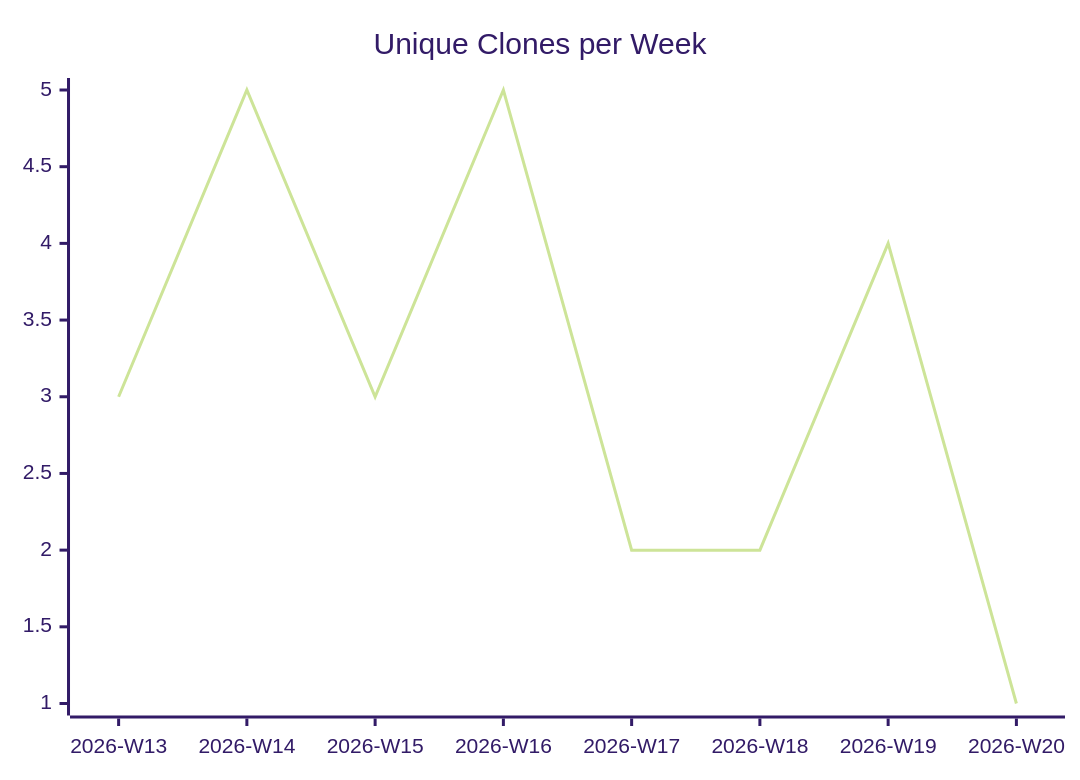
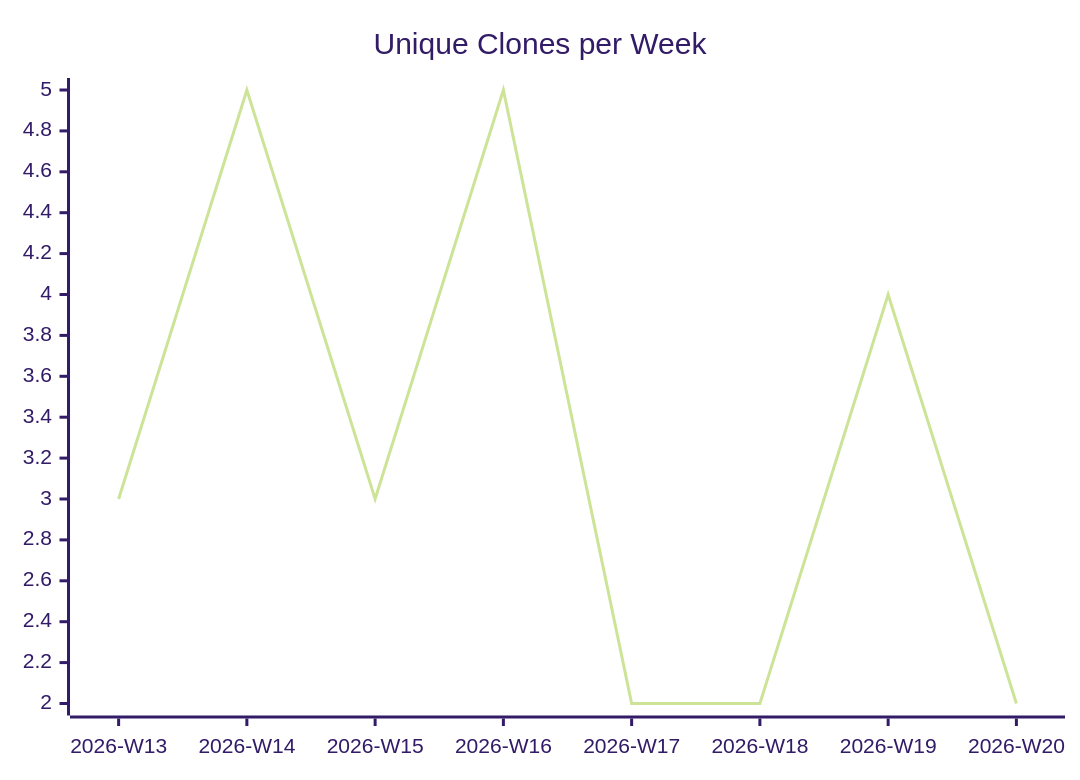
The third of 3 diagrams in karlmdavis/ansible-role-bind-dns/README.md (justdavis-family/github-analytics-data), drawn with Mermaid (forest theme) before and after one commit. The commit also changed other lines of this file and 176 other files, not shown here.

````diff
--- a/karlmdavis/ansible-role-bind-dns/README.md
+++ b/karlmdavis/ansible-role-bind-dns/README.md
@@ -19,6 +19,6 @@
 ```mermaid
 xychart-beta
   title "Unique Clones per Week"
   x-axis ["2026-W13", "2026-W14", "2026-W15", "2026-W16", "2026-W17", "2026-W18", "2026-W19", "2026-W20"]
-  line [3, 5, 3, 5, 2, 2, 4, 1]
+  line [3, 5, 3, 5, 2, 2, 4, 2]
 ```
````
